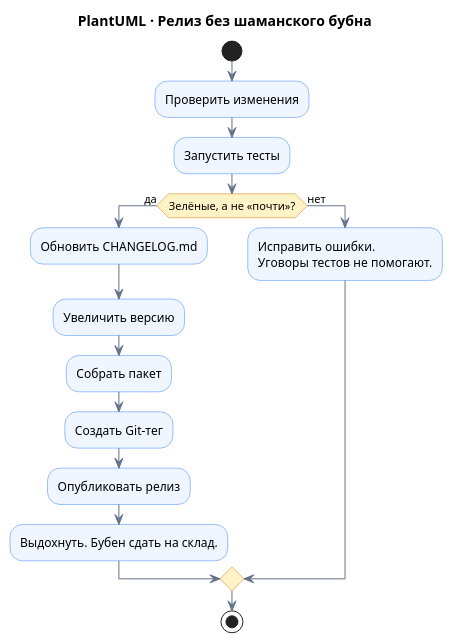
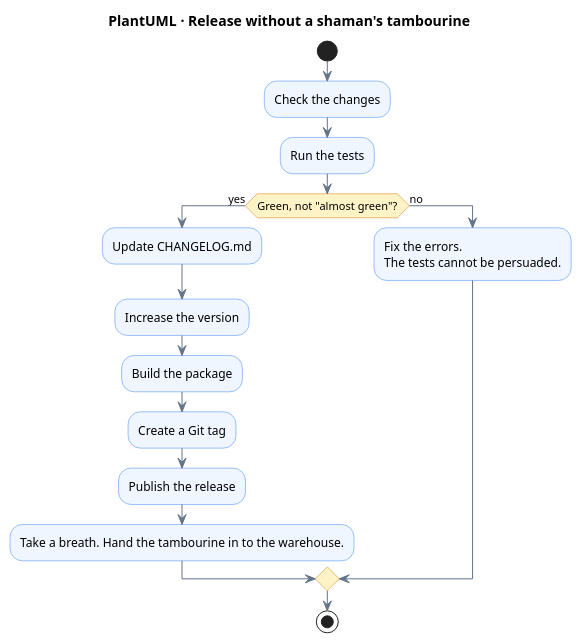
One commit to evgenyigumnov/blueprint4llm changed the second of 4 diagrams in article.en.md. Above: the diagram before and after it, drawn with PlantUML. The commit also changed other lines of this file, not shown here.

````diff
--- a/article.en.md
+++ b/article.en.md
@@ -194,28 +194,28 @@
 ```plantuml
 @startuml
-title PlantUML · Релиз без шаманского бубна
+title PlantUML · Release without a shaman's tambourine
 skinparam shadowing false
 skinparam defaultFontName Noto Sans
 skinparam activity {
   BackgroundColor #eff6ff
   BorderColor #3b82f6
   DiamondBackgroundColor #fef3c7
   DiamondBorderColor #d97706
   ArrowColor #64748b
 }
 start
-:Проверить изменения;
-:Запустить тесты;
-if (Зелёные, а не «почти»?) then (да)
-  :Обновить CHANGELOG.md;
-  :Увеличить версию;
-  :Собрать пакет;
-  :Создать Git-тег;
-  :Опубликовать релиз;
-  :Выдохнуть. Бубен сдать на склад.;
-else (нет)
-  :Исправить ошибки.\nУговоры тестов не помогают.;
+:Check the changes;
+:Run the tests;
+if (Green, not "almost green"?) then (yes)
+  :Update CHANGELOG.md;
+  :Increase the version;
+  :Build the package;
+  :Create a Git tag;
+  :Publish the release;
+  :Take a breath. Hand the tambourine in to the warehouse.;
+else (no)
+  :Fix the errors.\nThe tests cannot be persuaded.;
 endif
 stop
 @enduml
 ```
````
